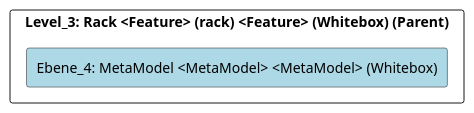
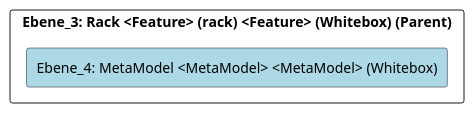
The diagram in doc/cleonproject_deliverables_architecture_model_architecture/adoc/de/05_bausteinsicht/cleon/modeling_languages/rack/metamodel/ebene_4_metamodel.adoc (marcozwyssig/cleon), drawn with PlantUML before and after one commit. The commit also changed other lines of this file and 620 other files, not shown here.

```diff
--- a/doc/cleonproject_deliverables_architecture_model_architecture/adoc/de/05_bausteinsicht/cleon/modeling_languages/rack/metamodel/ebene_4_metamodel.adoc
+++ b/doc/cleonproject_deliverables_architecture_model_architecture/adoc/de/05_bausteinsicht/cleon/modeling_languages/rack/metamodel/ebene_4_metamodel.adoc
@@ -24,24 +24,24 @@
 [plantuml, Ebene_4: MetaModel <MetaModel> <MetaModel> (Whitebox)BlockOverview, format="svg"]
 ----
 @startuml Ebene_4: MetaModel <MetaModel> <MetaModel> (Whitebox)BuildingBlockOverview
 
 skinparam ranksep 10
 skinparam componentStyle rectangle
 skinparam shadowing false
 skinparam arrowColor lightblue
 skinparam arrowThickness 1.2
 skinparam rectangle {
   BackgroundColor White
   BorderColor #333
   RoundCorner 10
 }
 top to bottom direction
 
-component "Level_3: Rack <Feature> (rack) <Feature> (Whitebox) (Parent)" {
+component "Ebene_3: Rack <Feature> (rack) <Feature> (Whitebox) (Parent)" {
     component "Ebene_4: MetaModel <MetaModel> <MetaModel> (Whitebox)" #lightblue {
     }
 
 }
 
 @enduml
 ----
```
